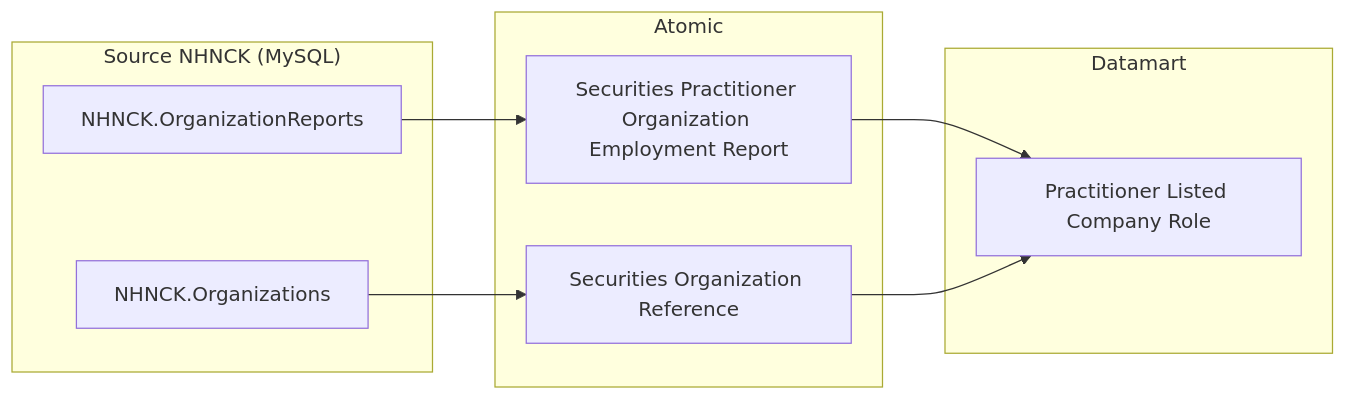
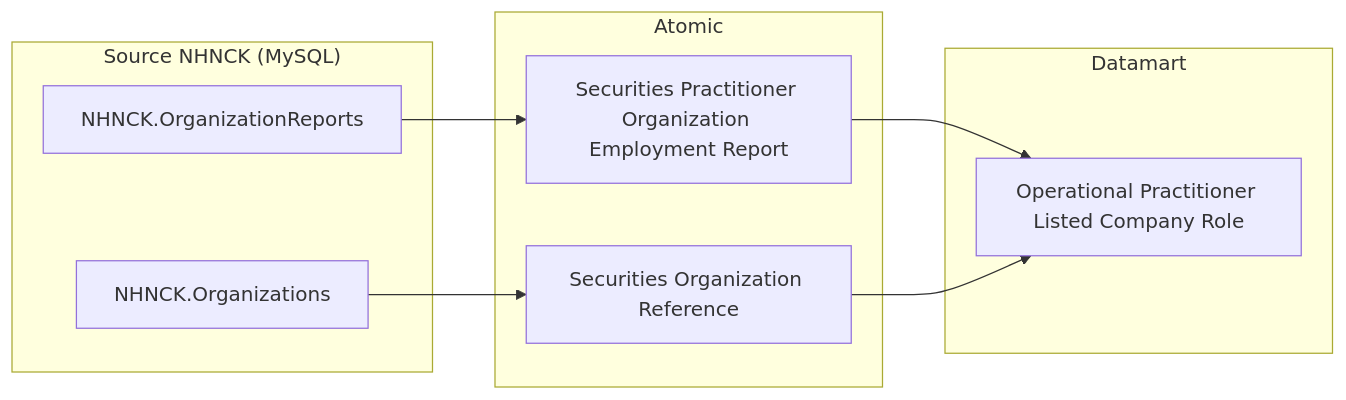
Before and after one commit to linhlvit/ubck_atomic_design: the fifth of 40 diagrams in Datamart/hld/DTM_NHNCK_HLD.md, drawn with Mermaid. The commit also changed other lines of this file and 52 other files, not shown here.

````diff
--- a/Datamart/hld/DTM_NHNCK_HLD.md
+++ b/Datamart/hld/DTM_NHNCK_HLD.md
@@ -159,22 +159,22 @@
 ```mermaid
 flowchart LR
     subgraph SRC["Source NHNCK (MySQL)"]
         S1["NHNCK.OrganizationReports"]
         S2["NHNCK.Organizations"]
     end
 
     subgraph SIL["Atomic"]
         SV1["Securities Practitioner Organization Employment Report"]
         SV2["Securities Organization Reference"]
     end
 
     subgraph Datamart["Datamart"]
-        G1["Practitioner Listed Company Role"]
+        G1["Operational Practitioner Listed Company Role"]
     end
 
     S1 --> SV1
     S2 --> SV2
 
     SV1 --> G1
     SV2 --> G1
 ```
````
